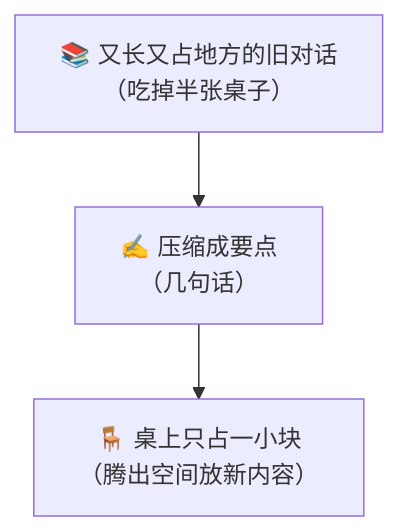
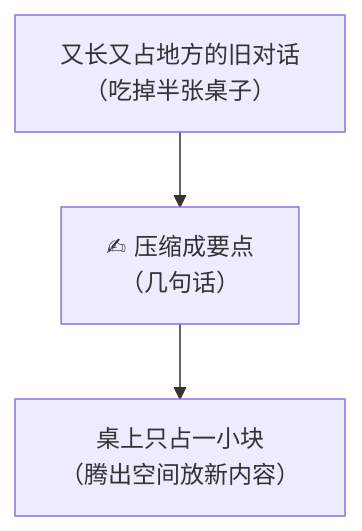
One commit to luckykhy/KhyAiHub changed the fourth of 6 diagrams in docs/02_CONCEPTS_概念入门/CONCEPT/[CONCEPT-08] 什么是Context与Token-上下文与令牌.md. Above: the diagram before and after it, drawn with Mermaid. The commit also changed other lines of this file and 19 other files, not shown here.

````diff
--- a/docs/02_CONCEPTS_概念入门/CONCEPT/[CONCEPT-08] 什么是Context与Token-上下文与令牌.md
+++ b/docs/02_CONCEPTS_概念入门/CONCEPT/[CONCEPT-08] 什么是Context与Token-上下文与令牌.md
@@ -173,5 +173,5 @@
 ```mermaid
 flowchart TB
-  FULL["📚 又长又占地方的旧对话<br/>（吃掉半张桌子）"] --> SUM["✍️ 压缩成要点<br/>（几句话）"]
-  SUM --> SLOT["🪑 桌上只占一小块<br/>（腾出空间放新内容）"]
+  FULL["又长又占地方的旧对话<br/>（吃掉半张桌子）"] --> SUM["✍ 压缩成要点<br/>（几句话）"]
+  SUM --> SLOT["桌上只占一小块<br/>（腾出空间放新内容）"]
 ```
````
